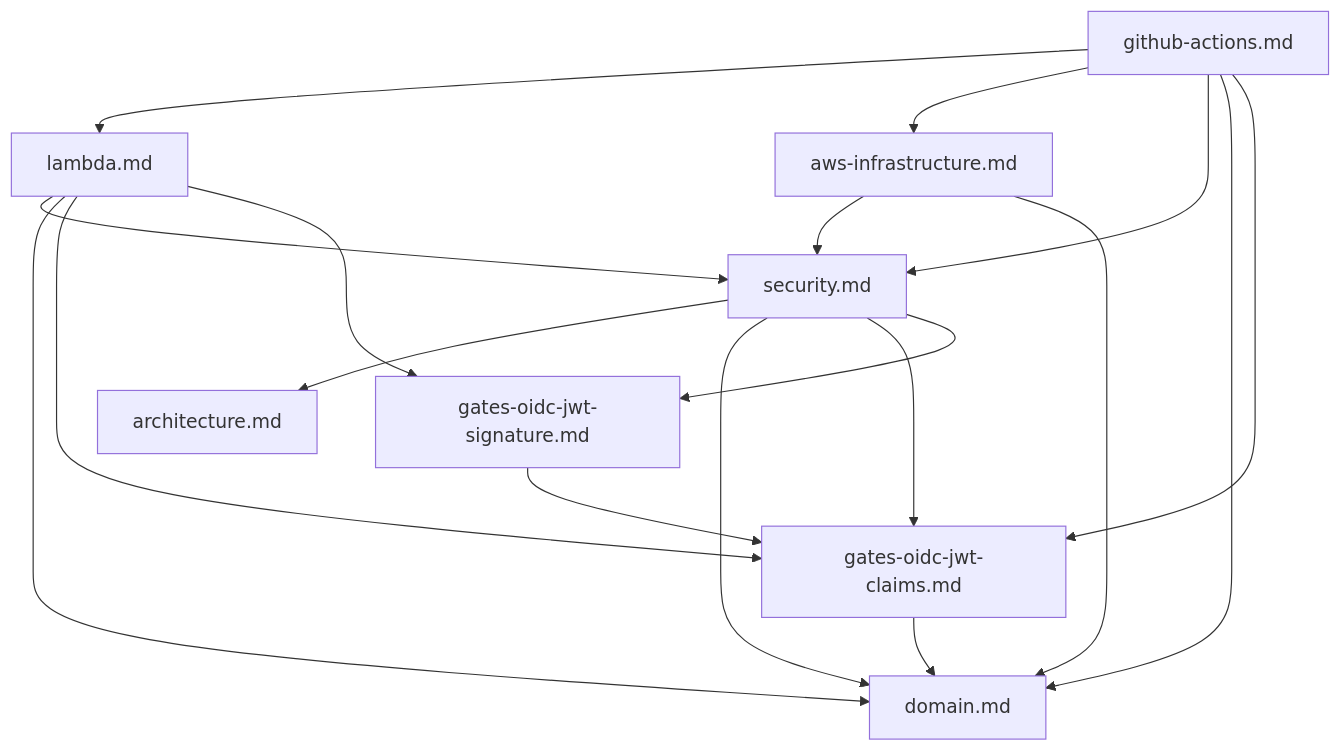
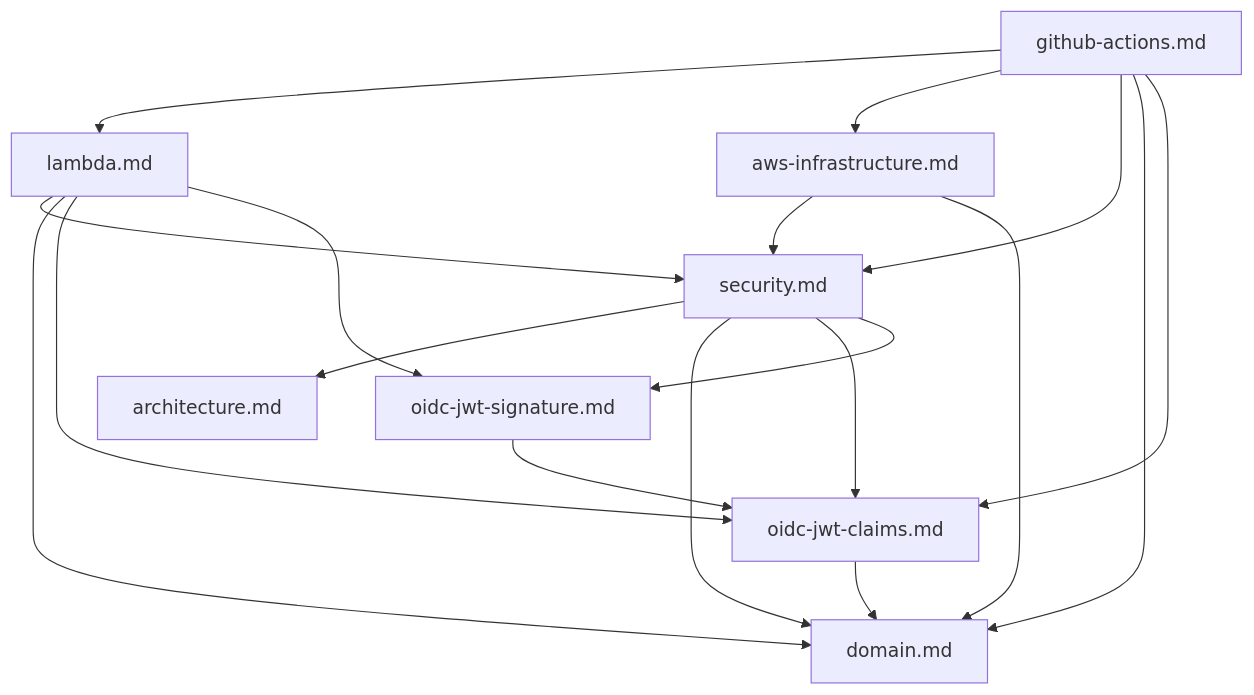
One commit to tmknom/gates changed the third of 3 diagrams in docs/contributing/docs-policy.md. Above: the diagram before and after it, drawn with Mermaid. The commit also changed other lines of this file and 20 other files, not shown here.

First line of the commit message:
docs: rename oidc jwt design docs and align docs with policy

````diff
--- a/docs/contributing/docs-policy.md
+++ b/docs/contributing/docs-policy.md
@@ -235,20 +236,20 @@
 ```mermaid
 flowchart TD
     actions["github-actions.md"] --> lambda["lambda.md"]
     actions --> infra["aws-infrastructure.md"]
     actions --> security["security.md"]
     lambda --> security
     infra --> security
     security --> architecture["architecture.md"]
     lambda --> domain["domain.md"]
     security --> domain
     actions --> domain
     infra --> domain
-    lambda --> claims["gates-oidc-jwt-claims.md"]
-    lambda --> signature["gates-oidc-jwt-signature.md"]
+    lambda --> claims["oidc-jwt-claims.md"]
+    lambda --> signature["oidc-jwt-signature.md"]
     security --> claims
     security --> signature
     actions --> claims
     signature --> claims
     claims --> domain
 ```
````
